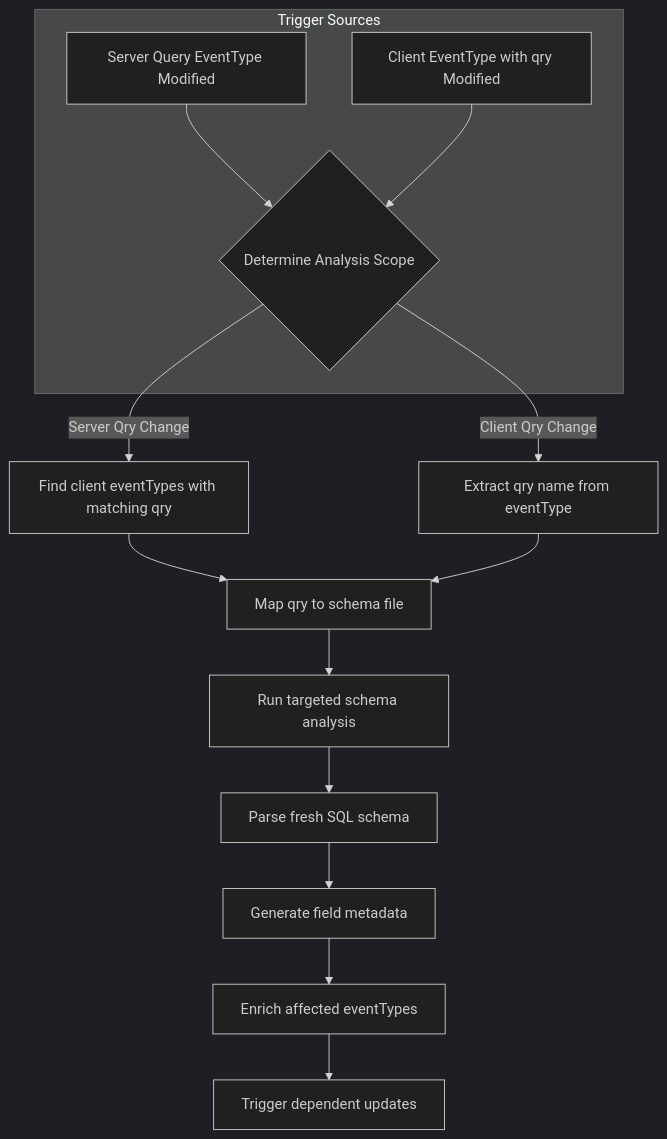
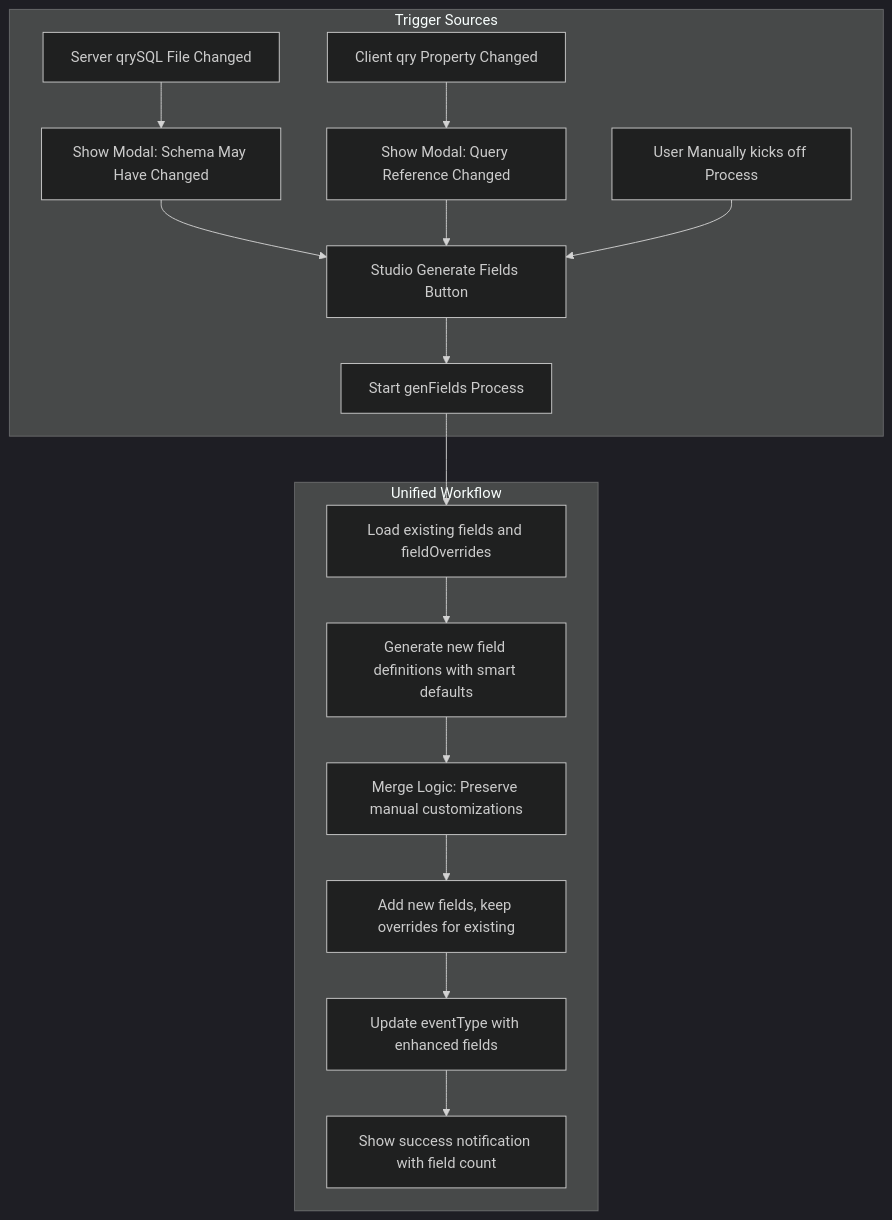
One commit to pchambless/wf-monorepo changed the diagram in apps/wf-studio/docs/flows/schemaAnalysis.mmd. Above: the diagram before and after it, drawn with Mermaid (dark theme). The commit also changed 143 other files, not shown here.

```diff
--- a/apps/wf-studio/docs/flows/schemaAnalysis.mmd
+++ b/apps/wf-studio/docs/flows/schemaAnalysis.mmd
@@ -1,18 +1,19 @@
 graph TD
     subgraph "Trigger Sources"
-        A2[Server Query EventType Modified] --> B
-        A3[Client EventType with qry Modified] --> B
+        A4[User Manually kicks off Process]
+        A1[Studio Generate Fields Button] --> W1[Start genFields Process]
+        A2[Server qrySQL File Changed] --> M1[Show Modal: Schema May Have Changed]
+        A3[Client qry Property Changed] --> M2[Show Modal: Query Reference Changed]
+        M1 --> A1
+        M2 --> A1
+        A4 --> A1
     end
 
-    B{Determine Analysis Scope}
-    B -->|Server Qry Change| C2[Find client eventTypes with matching qry]
-    B -->|Client Qry Change| C3[Extract qry name from eventType]
-    
-    C2 --> D[Map qry to schema file]
-    C3 --> D
-    
-    D --> E[Run targeted schema analysis]
-    E --> F[Parse fresh SQL schema]
-    F --> G[Generate field metadata]
-    G --> H[Enrich affected eventTypes]
-    H --> I[Trigger dependent updates]
+    subgraph "Unified Workflow"
+        W1 --> W2[Load existing fields and fieldOverrides]
+        W2 --> W3[Generate new field definitions with smart defaults]
+        W3 --> W4[Merge Logic: Preserve manual customizations]
+        W4 --> W5[Add new fields, keep overrides for existing]
+        W5 --> W6[Update eventType with enhanced fields]
+        W6 --> W7[Show success notification with field count]
+    end
```
